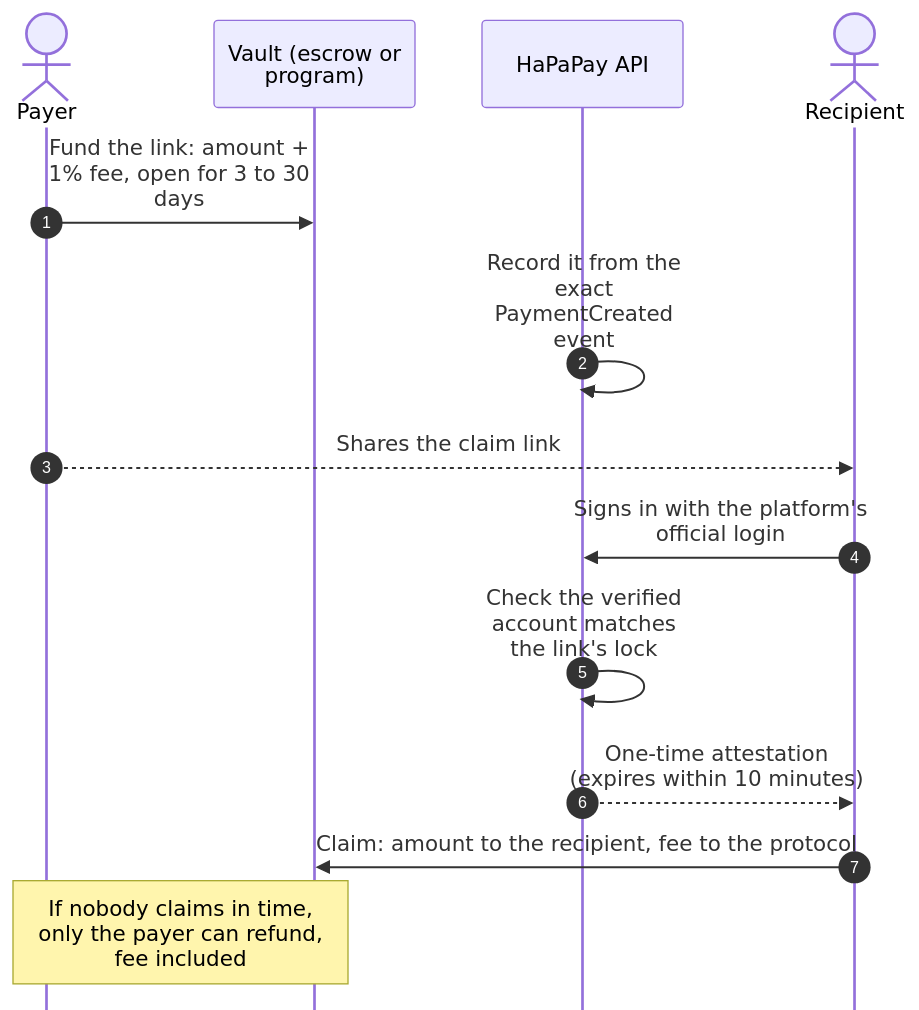
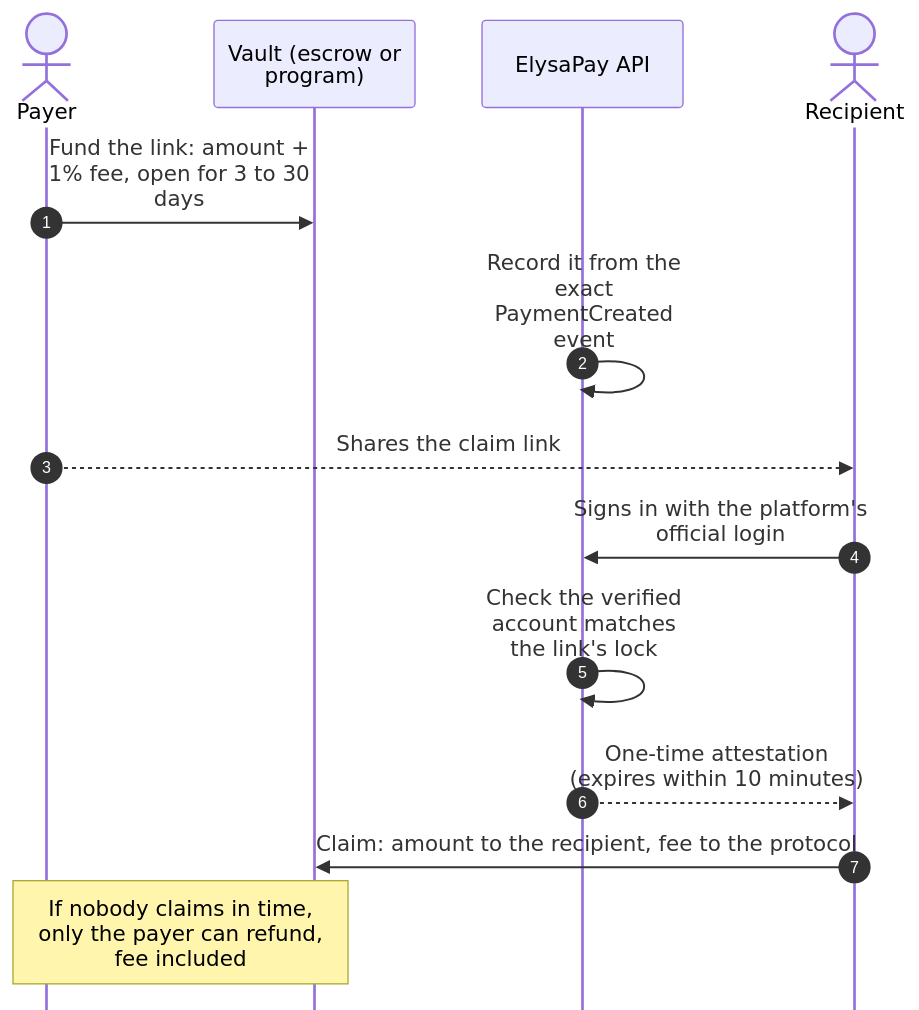
One commit to furkan3152/HaPaPay changed the second of 4 diagrams in README.md. Above: the diagram before and after it, drawn with Mermaid. The commit also changed other lines of this file and 123 other files, not shown here.

First line of the commit message:
ElysaPay: rebuild around Elysium with HYPE payments, admin console and new design

````diff
--- a/README.md
+++ b/README.md
@@ -156,17 +180,17 @@
 ```mermaid
 %%{init: {"sequence": {"wrap": true, "mirrorActors": false}}}%%
 sequenceDiagram
     autonumber
     actor P as Payer
     participant V as Vault (escrow or program)
-    participant A as HaPaPay API
+    participant A as ElysaPay API
     actor R as Recipient
     P->>V: Fund the link: amount + 1% fee, open for 3 to 30 days
     A->>A: Record it from the exact PaymentCreated event
     P-->>R: Shares the claim link
     R->>A: Signs in with the platform's official login
     A->>A: Check the verified account matches the link's lock
     A-->>R: One-time attestation (expires within 10 minutes)
     R->>V: Claim: amount to the recipient, fee to the protocol
     Note over P,V: If nobody claims in time, only the payer can refund, fee included
 ```
````
